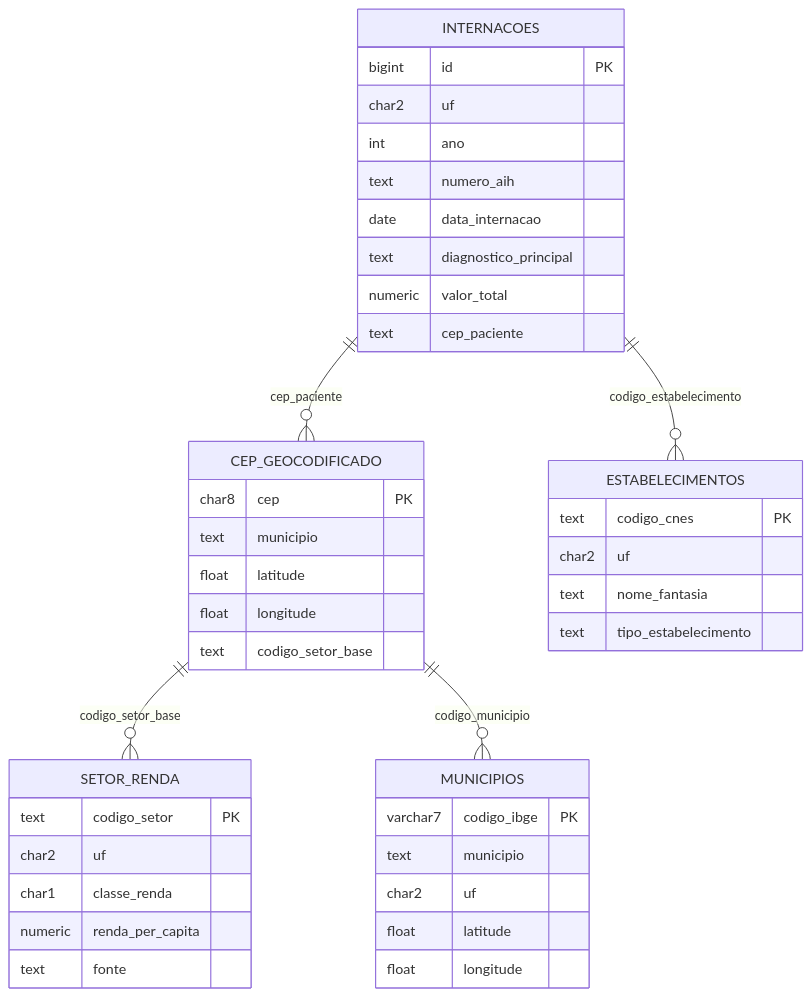
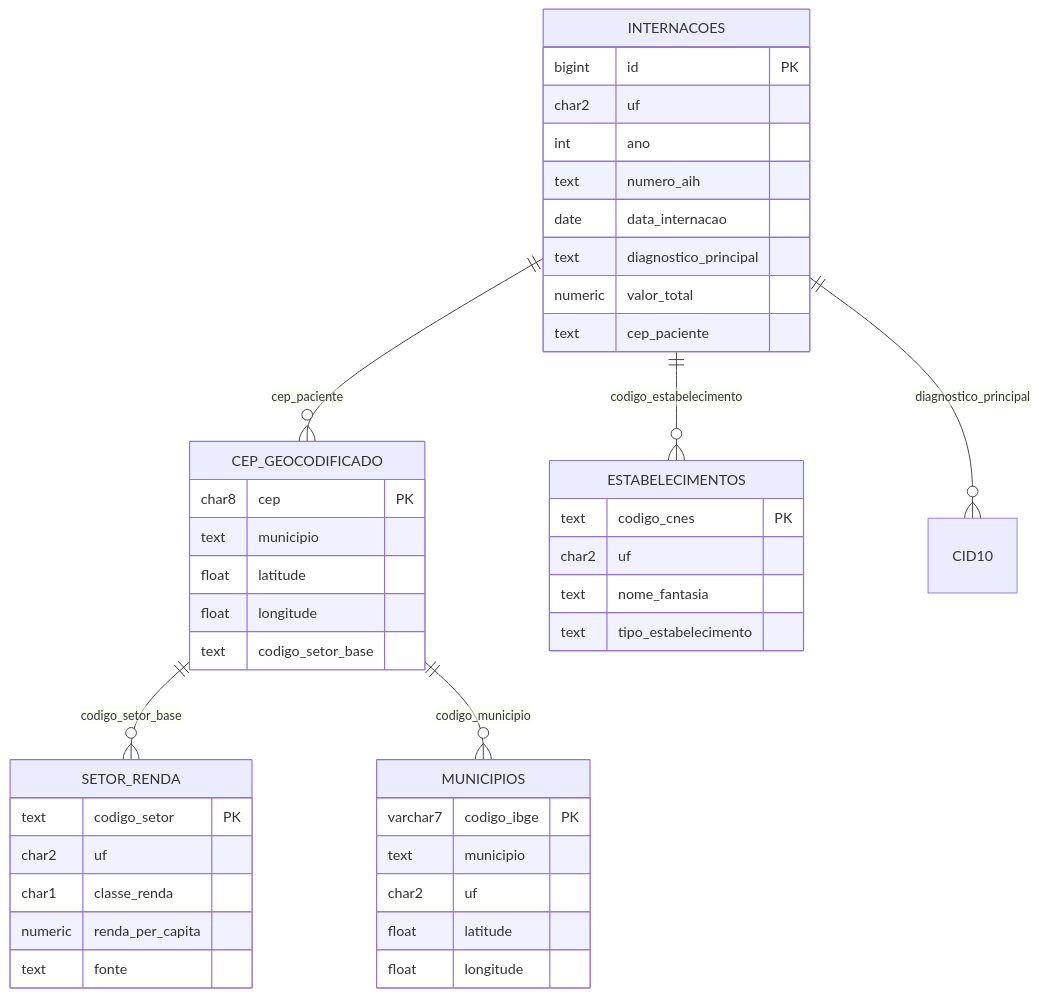
Before and after one commit to Iquitim/brasil-dados-publicos: the second of 2 diagrams in README.md, drawn with Mermaid. The commit also changed other lines of this file and 2 other files, not shown here.

Commit message:
feat: integrate CID-10 module into main pipeline and add CSV support

````diff
--- a/README.md
+++ b/README.md
@@ -197,49 +201,50 @@
 ```mermaid
 erDiagram
     INTERNACOES ||--o{ CEP_GEOCODIFICADO : "cep_paciente"
     CEP_GEOCODIFICADO ||--o{ SETOR_RENDA : "codigo_setor_base"
     INTERNACOES ||--o{ ESTABELECIMENTOS : "codigo_estabelecimento"
+    INTERNACOES ||--o{ CID10 : "diagnostico_principal"
     CEP_GEOCODIFICADO ||--o{ MUNICIPIOS : "codigo_municipio"
 
     INTERNACOES {
         bigint id PK
         char2 uf
         int ano
         text numero_aih
         date data_internacao
         text diagnostico_principal
         numeric valor_total
         text cep_paciente
     }
 
     SETOR_RENDA {
         text codigo_setor PK
         char2 uf
         char1 classe_renda
         numeric renda_per_capita
         text fonte
     }
 
     CEP_GEOCODIFICADO {
         char8 cep PK
         text municipio
         float latitude
         float longitude
         text codigo_setor_base
     }
 
     ESTABELECIMENTOS {
         text codigo_cnes PK
         char2 uf
         text nome_fantasia
         text tipo_estabelecimento
     }
 
     MUNICIPIOS {
         varchar7 codigo_ibge PK
         text municipio
         char2 uf
         float latitude
         float longitude
     }
 ```
````
